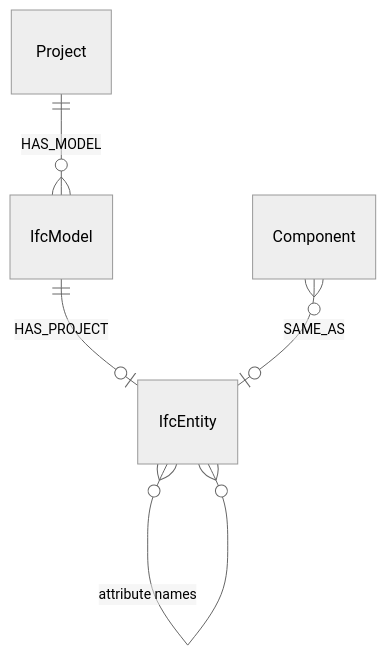
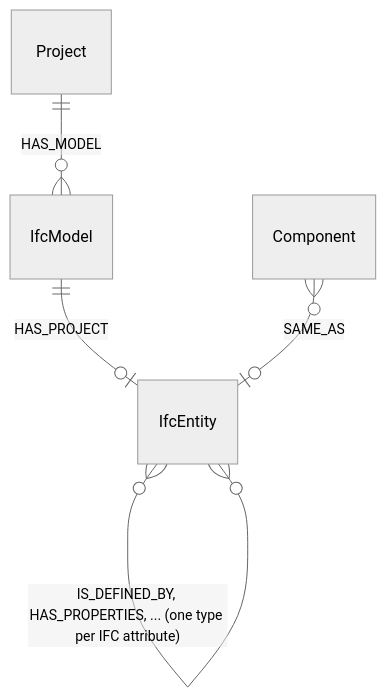
The sixth of 6 diagrams in docs/graph-schema.md (marwiss/Kontroll), drawn with Mermaid (neutral theme) before and after one commit. The commit also changed other lines of this file and 2 other files, not shown here.

First line of the commit message:
Rename Municipality to Reviewer, fix diagrams

````diff
--- a/docs/graph-schema.md
+++ b/docs/graph-schema.md
@@ -122,7 +146,7 @@
 ```mermaid
 erDiagram
     Project ||--o{ IfcModel : HAS_MODEL
     IfcModel ||--o| IfcEntity : HAS_PROJECT
-    IfcEntity }o--o{ IfcEntity : "attribute names"
+    IfcEntity }o--o{ IfcEntity : "IS_DEFINED_BY, HAS_PROPERTIES, ... (one type per IFC attribute)"
     Component }o--o| IfcEntity : SAME_AS
 ```
````
